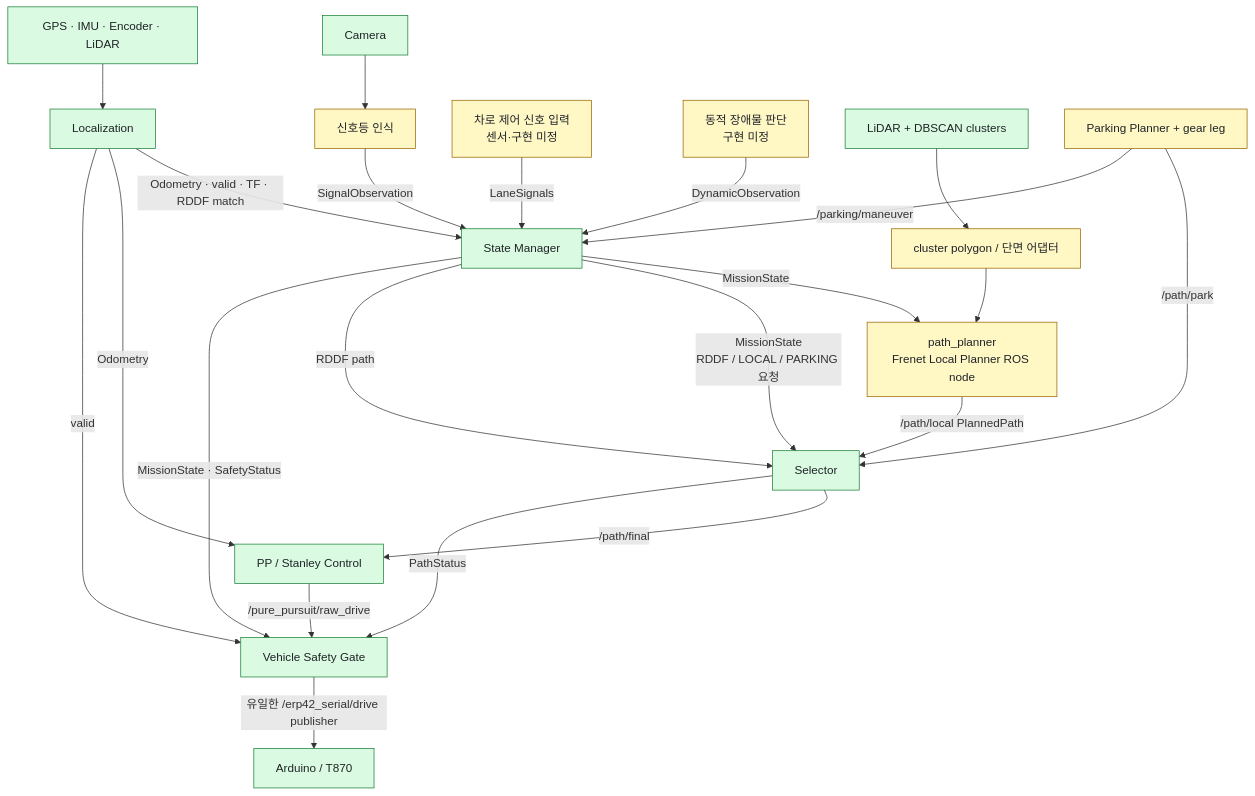
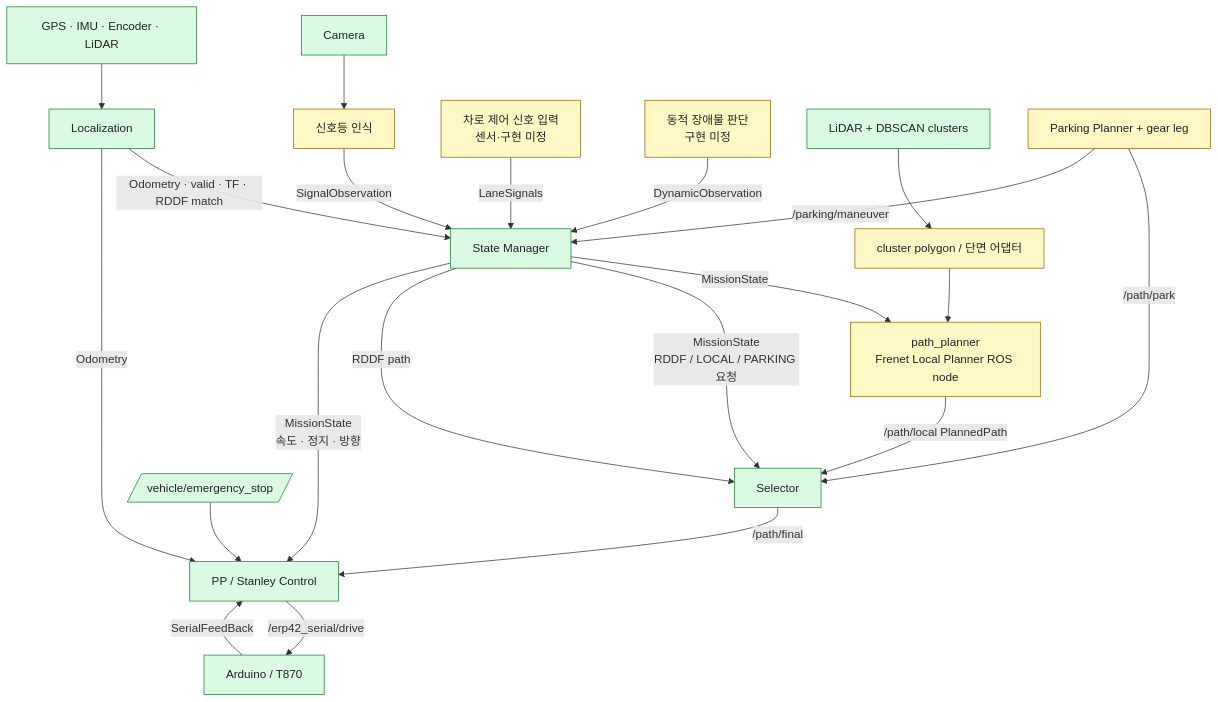
One commit to Team-Stier/HL-FMA-1-5-2026 changed the third of 3 diagrams in docs/architecture.md. Above: the diagram before and after it, drawn with Mermaid. The commit also changed other lines of this file and 30 other files, not shown here.

Commit message:
refactor: connect control directly to vehicle interface

````diff
--- a/docs/architecture.md
+++ b/docs/architecture.md
@@ -238,27 +235,26 @@
 ```mermaid
 flowchart TB
     classDef ready fill:#dafbe1,stroke:#1a7f37,color:#1f2328
     classDef todo fill:#fff8c5,stroke:#9a6700,color:#1f2328
 
     SENSORS[GPS · IMU · Encoder · LiDAR]:::ready --> LOC[Localization]:::ready
     CAMERA[Camera]:::ready --> TRAFFIC[신호등 인식]:::todo
     LOC -->|Odometry · valid · TF · RDDF match| MISSION[State Manager]:::ready
     TRAFFIC -->|SignalObservation| MISSION
     LANEOBS[차로 제어 신호 입력<br/>센서·구현 미정]:::todo -->|LaneSignals| MISSION
     DYNAMIC[동적 장애물 판단<br/>구현 미정]:::todo -->|DynamicObservation| MISSION
     LIDAR[LiDAR + DBSCAN clusters]:::ready --> ADAPTER[cluster polygon / 단면 어댑터]:::todo
     ADAPTER --> PLANNER[path_planner<br/>Frenet Local Planner ROS node]:::todo
     MISSION -->|MissionState| PLANNER
     MISSION -->|MissionState<br/>RDDF / LOCAL / PARKING 요청| SELECTOR[Selector]:::ready
     MISSION -->|RDDF path| SELECTOR
     PLANNER -->|/path/local PlannedPath| SELECTOR
     PARKING[Parking Planner + gear leg]:::todo -->|/path/park| SELECTOR
     PARKING -->|/parking/maneuver| MISSION
     SELECTOR -->|/path/final| CONTROL[PP / Stanley Control]:::ready
     LOC -->|Odometry| CONTROL
-    CONTROL -->|/pure_pursuit/raw_drive| GATE[Vehicle Safety Gate]:::ready
-    MISSION -->|MissionState · SafetyStatus| GATE
-    SELECTOR -->|PathStatus| GATE
-    LOC -->|valid| GATE
-    GATE -->|유일한 /erp42_serial/drive publisher| VEHICLE[Arduino / T870]:::ready
+    MISSION -->|MissionState<br/>속도 · 정지 · 방향| CONTROL
+    ESTOP[/vehicle/emergency_stop/]:::ready --> CONTROL
+    CONTROL -->|/erp42_serial/drive| VEHICLE[Arduino / T870]:::ready
+    VEHICLE -->|SerialFeedBack| CONTROL
 ```
````
